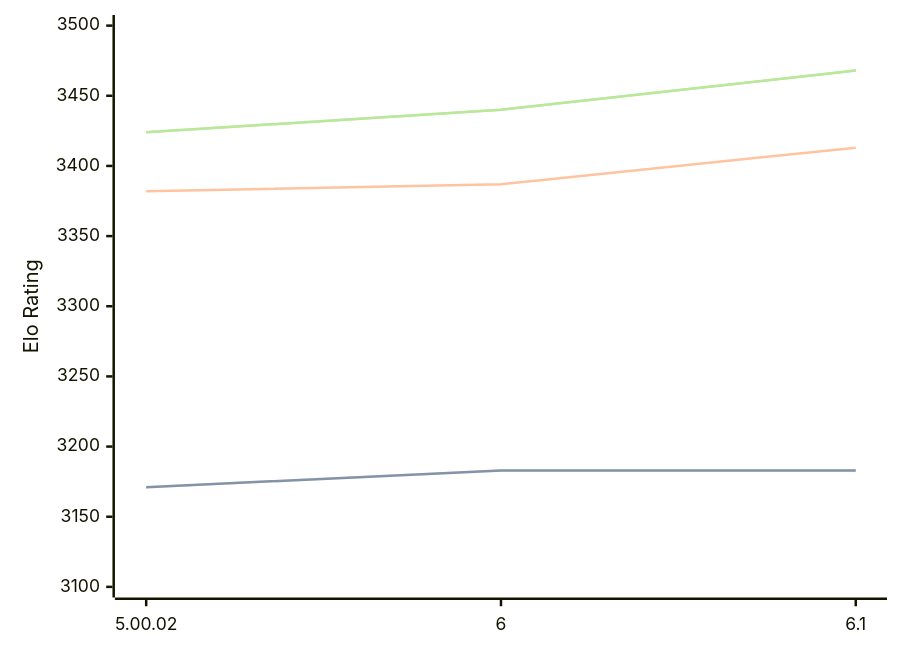
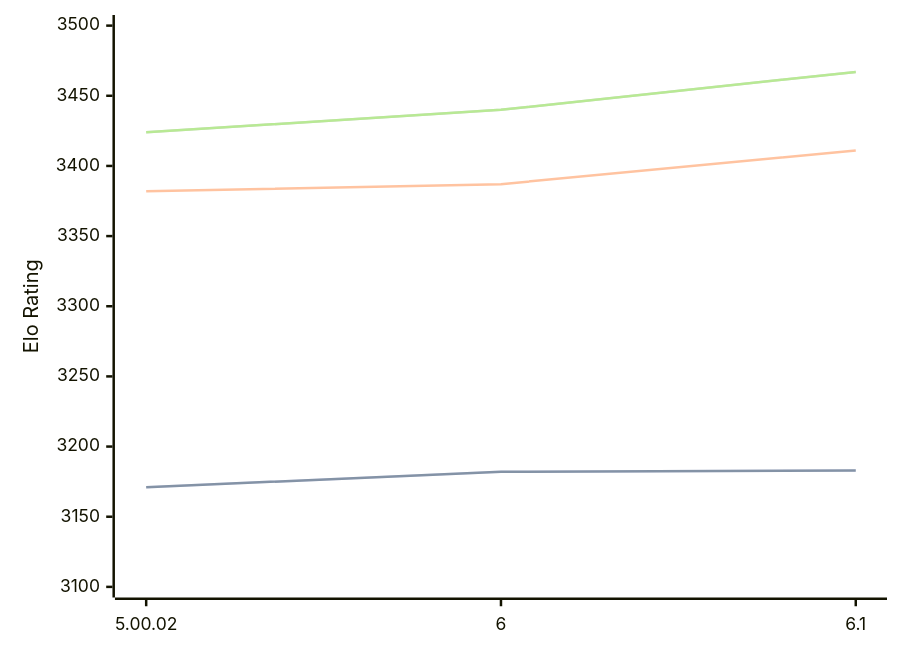
The diagram in engines/Zangdar.md (computer-chess-index/cci), drawn with Mermaid before and after one commit. The commit also changed other lines of this file, not shown here.

Commit message:
Update CCI Ratings (ELO VLTC) - 2026-02-14

````diff
--- a/engines/Zangdar.md
+++ b/engines/Zangdar.md
@@ -42,11 +42,11 @@
 ```mermaid
 %%{init: {"theme":"base","themeVariables":{"seriesColors:['#a3a3a3','#222221','#faa371']}}}%%
 xychart-beta
   x-axis ["5.00.02", "6", "6.1"]
   y-axis "Elo Rating" 3100 --> 3500
-  line "STC (8.0+0.08s)" [3171, 3183, 3183]
-  line "STC (8.0+0.08s)" [3171, 3183, 3183]
-  line "LTC (60.0+0.60s)" [3382, 3387, 3413]
-  line "VLTC (2m24s+1.12s)" [3424, 3440, 3468]
-  line "VLTC (2m24s+1.12s)" [3424, 3440, 3468]
+  line "STC (8.0+0.08s)" [3171, 3182, 3183]
+  line "STC (8.0+0.08s)" [3171, 3182, 3183]
+  line "LTC (60.0+0.60s)" [3382, 3387, 3411]
+  line "VLTC (2m24s+1.12s)" [3424, 3440, 3467]
+  line "VLTC (2m24s+1.12s)" [3424, 3440, 3467]
 ```
````
